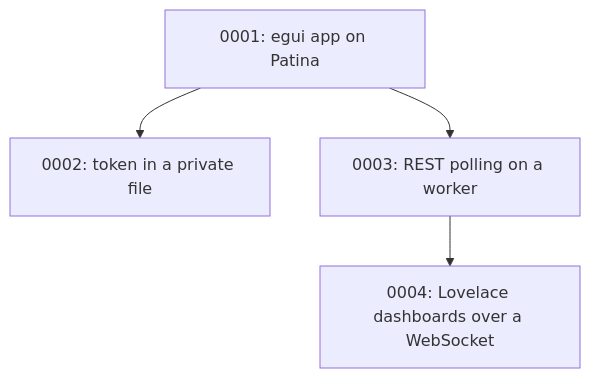
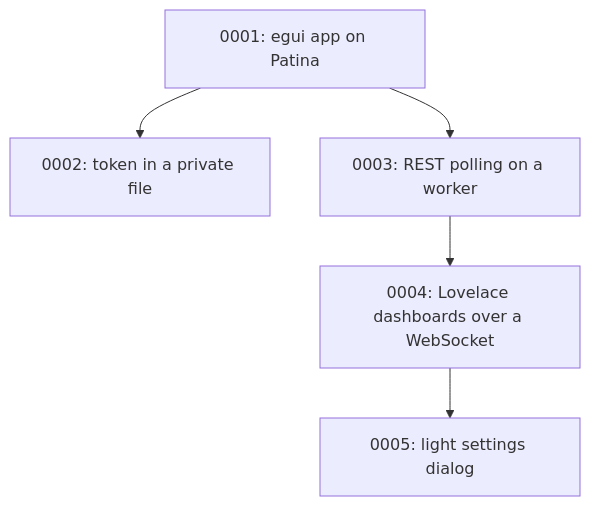
The diagram in home/docs/adr/README.md (Sector-F-Labs/patina-desktop), drawn with Mermaid before and after one commit. The commit also changed other lines of this file and 11 other files, not shown here.

Commit message:
Light settings dialog: brightness, colour temperature, colour and effects

````diff
--- a/home/docs/adr/README.md
+++ b/home/docs/adr/README.md
@@ -52,6 +53,7 @@
 ```mermaid
 flowchart TD
     A[0001: egui app on Patina] --> B[0002: token in a private file]
     A --> C[0003: REST polling on a worker]
     C --> D[0004: Lovelace dashboards over a WebSocket]
+    D --> E[0005: light settings dialog]
 ```
````
